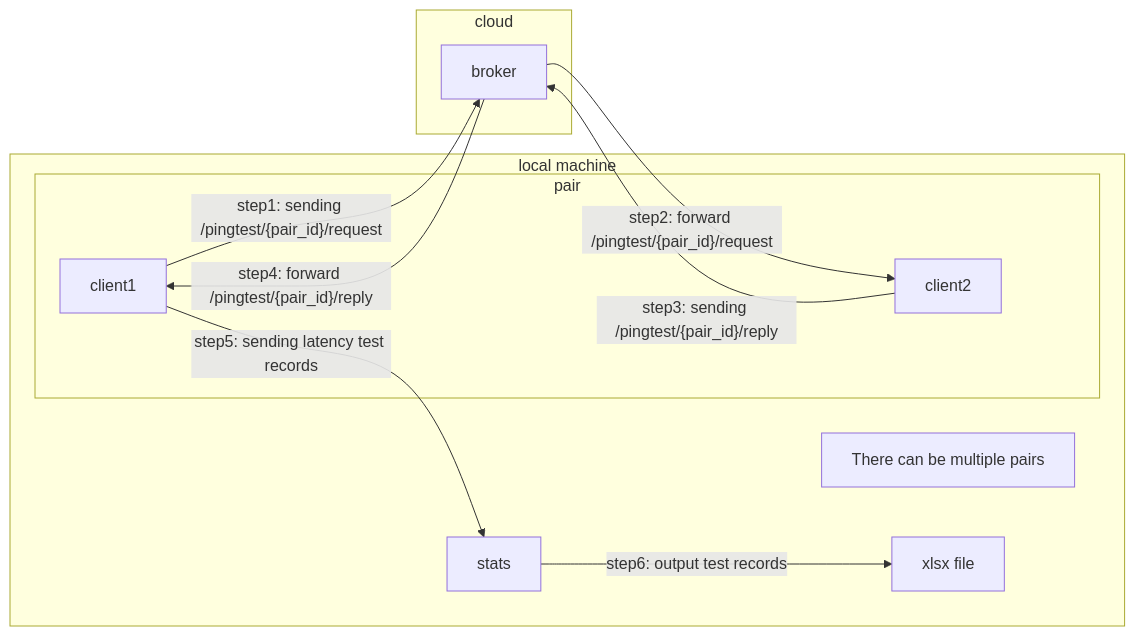
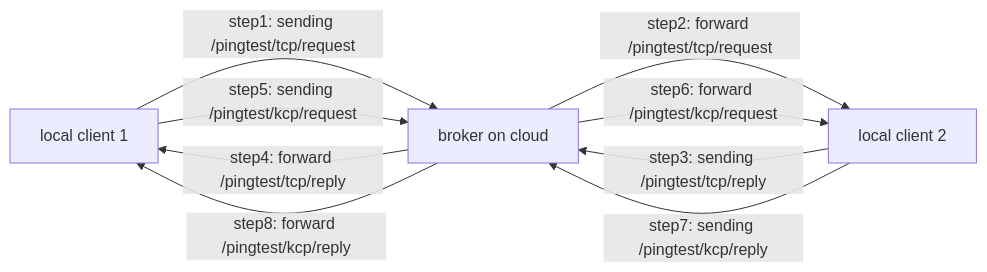
The diagram in README.md (MuenYu/IFN712), drawn with Mermaid before and after one commit. The commit also changed other lines of this file and 12 other files, not shown here.

````diff
--- a/README.md
+++ b/README.md
@@ -21,25 +20,17 @@
 ```mermaid
 graph LR
-    subgraph local machine
-        subgraph pair
-            client1
-            client2
-        end
-        pairs["There can be multiple pairs"]
-        stats
-        file["xlsx file"]
-    end
 
-    subgraph cloud
-        broker
-    end
+A["local client 1"]
+B["broker on cloud"]
+C["local client 2"]
 
+A -- step1: sending /pingtest/tcp/request --> B
+B -- step2: forward /pingtest/tcp/request --> C
+C -- step3: sending /pingtest/tcp/reply --> B
+B -- step4: forward /pingtest/tcp/reply --> A
 
-    client1 -- step1: sending /pingtest/{pair_id}/request --> broker
-    broker -- step2: forward /pingtest/{pair_id}/request --> client2
-    client2 -- step3: sending /pingtest/{pair_id}/reply --> broker
-    broker -- step4: forward /pingtest/{pair_id}/reply --> client1
-    client1 -- step5: sending latency test records --> stats
-
-    stats -- step6: output test records --> file
+A -- step5: sending /pingtest/kcp/request --> B
+B -- step6: forward /pingtest/kcp/request --> C
+C -- step7: sending /pingtest/kcp/reply --> B
+B -- step8: forward /pingtest/kcp/reply --> A
 ```
````
